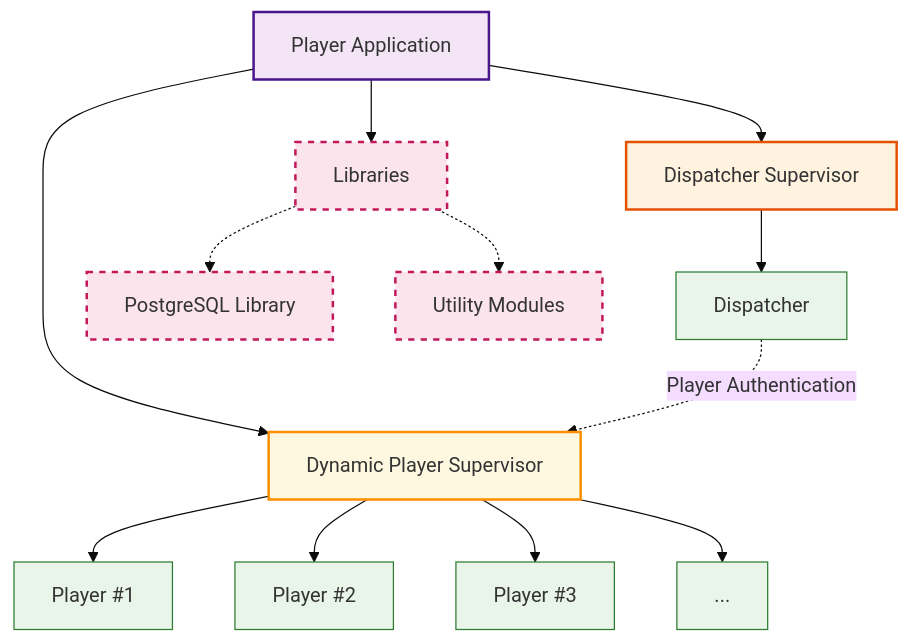
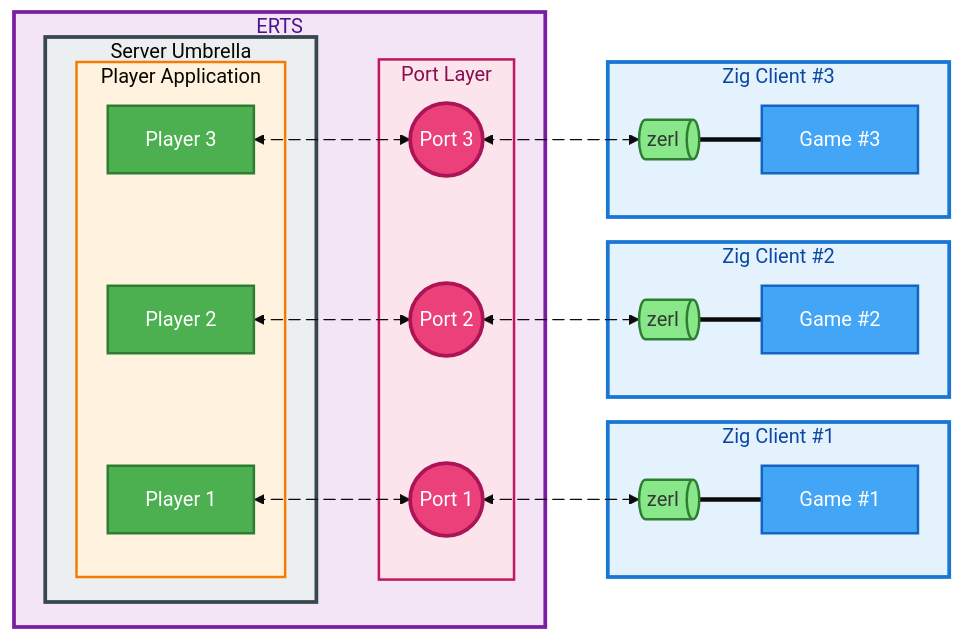
Before and after one commit to Dr-Nekoma/lyceum: the second of 2 diagrams in server/README.md, drawn with Mermaid (base theme). The commit also changed other lines of this file and 4 other files, not shown here.

Commit message:
#119 ADD Server diagram (#120)

````diff
--- a/server/README.md
+++ b/server/README.md
@@ -16,46 +129,88 @@
 ```mermaid
-graph TD
-    PA[Player Application]
+graph LR
+    subgraph Client1[Zig Client #1]
+        Game1[Game #1]
+        Zerl1@{ shape: das, label: "zerl" }
 
-    DS[Dispatcher Supervisor]
-    D[Dispatcher]
+        Zerl1 === Game1
+    end
 
-    PS[Dynamic Player Supervisor]
-    P1[Player #1]
-    P2[Player #2]
-    P3[Player #3]
-    PN[...]
+    subgraph Client2[Zig Client #2]
+        Game2[Game #2]
+        Zerl2@{ shape: das, label: "zerl" }
 
-    L[Libraries]
-    LPSQL[PostgreSQL Library]
-    LO[Utility Modules]
+        Zerl2 === Game2
+    end
 
-    PA --> DS
-    PA --> PS
-    PA --> L
+    subgraph Client3[Zig Client #3]
+        Game3[Game #3]
+        Zerl3@{ shape: das, label: "zerl" }
 
-    PS --> P1
-    PS --> P2
-    PS --> P3
-    PS --> PN
+        Zerl3 === Game3
+    end
+    
+    subgraph BEAM[ERTS]
+        subgraph Server["Server Umbrella"]
+            subgraph Player[Player Application]
+                P1[Player 1]
+                P2[Player 2]
+                P3[Player 3]
+            end
+        end
 
-    DS --> D
-    D -.->|Player Authentication| PS
+        subgraph PortLayer["Port Layer"]
+            Port1((Port 1))
+            Port2((Port 2))
+            Port3((Port 3))
+        end
+        
+        P1 p1_pt1@<--> Port1
+        P2 p2_pt2@<--> Port2
+        P3 p3_pt3@<--> Port3
 
-    L -.-> LPSQL
-    L -.-> LO
+        p1_pt1@{animation: "fast"}
+        p2_pt2@{animation: "fast"}
+        p3_pt3@{animation: "fast"}
+    end
+
+    Port1 pt1_z@<--> Zerl1
+    Port2 pt2_z@<--> Zerl2
+    Port3 pt3_z@<--> Zerl3
+
+    pt1_z@{animation: "fast"}
+    pt2_z@{animation: "fast"}
+    pt3_z@{animation: "fast"}
     
-    classDef umbrellaApp fill:white,stroke:black,stroke-width:3px
-    classDef otpApp fill:#f3e5f5,stroke:#4a148c,stroke-width:2px
-    classDef supervisor fill:#fff3e0,stroke:#e65100,stroke-width:2px
-    classDef dynamicSup fill:#fff8e1,stroke:#ff8f00,stroke-width:2px
-    classDef process fill:#e8f5e8,stroke:#2e7d32,stroke-width:1px
-    classDef library fill:#fce4ec,stroke:#c2185b,stroke-width:2px,stroke-dasharray: 5 5
+    %% Styling
+
+    class Player playerBg
+    class Server serverBg
+
+    class P1,P2,P3 process
+    class Port1,Port2,Port3 port
+
+    %% Enhanced Styling
+    classDef clientBg fill:#e3f2fd,stroke:#1976d2,stroke-width:3px,color:#0d47a1
+    classDef beamBg fill:#f3e5f5,stroke:#7b1fa2,stroke-width:3px,color:#4a148c
+    classDef portLayerBg fill:#fce4ec,stroke:#c2185b,stroke-width:2px,color:#880e4f
+    classDef playerBg fill:#FFF3E0,stroke:#F57C00,stroke-width:2px
+    classDef serverBg fill:#ECEFF1,stroke:#37474F,stroke-width:3px
+
+    classDef gameNode fill:#42a5f5,stroke:#1565c0,stroke-width:2px,color:#ffffff
+    classDef zerlNode fill:#88E788,stroke:#2e7d32,stroke-width:2px,color:#353839
+    classDef playerNode fill:#ff9800,stroke:#ef6c00,stroke-width:2px,color:#ffffff
+    classDef process fill:#4CAF50,color:#ffffff,stroke:#2E7D32,stroke-width:2px
+    classDef portNode fill:#ec407a,stroke:#ad1457,stroke-width:3px,color:#ffffff
     
-    class A umbrellaApp
-    class PA otpApp
-    class DS supervisor
-    class PS dynamicSup
-    class D,P1,P2,P3,PN process
-    class L,LPSQL,LO library
+    %% Apply classes to subgraphs and nodes
+    class Client1,Client2,Client3 clientBg
+    class BEAM beamBg
+    class Server serverBg
+    class Player playerBg
+    class PortLayer portLayerBg
+    
+    class Game1,Game2,Game3 gameNode
+    class Zerl1,Zerl2,Zerl3 zerlNode
+    class P1,P2,P3 process
+    class Port1,Port2,Port3 portNode
 ```
````
